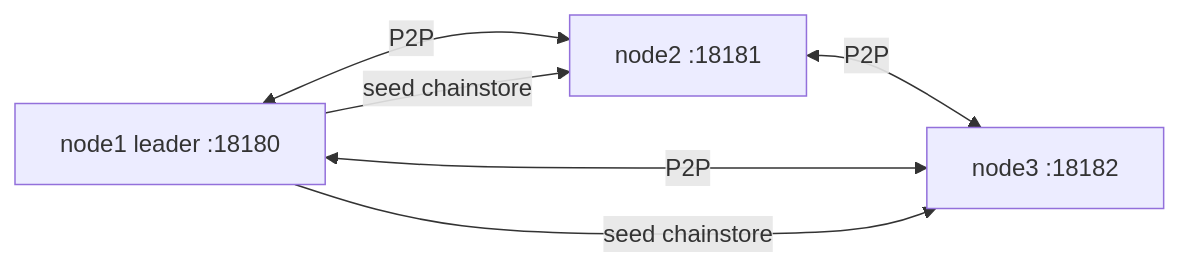
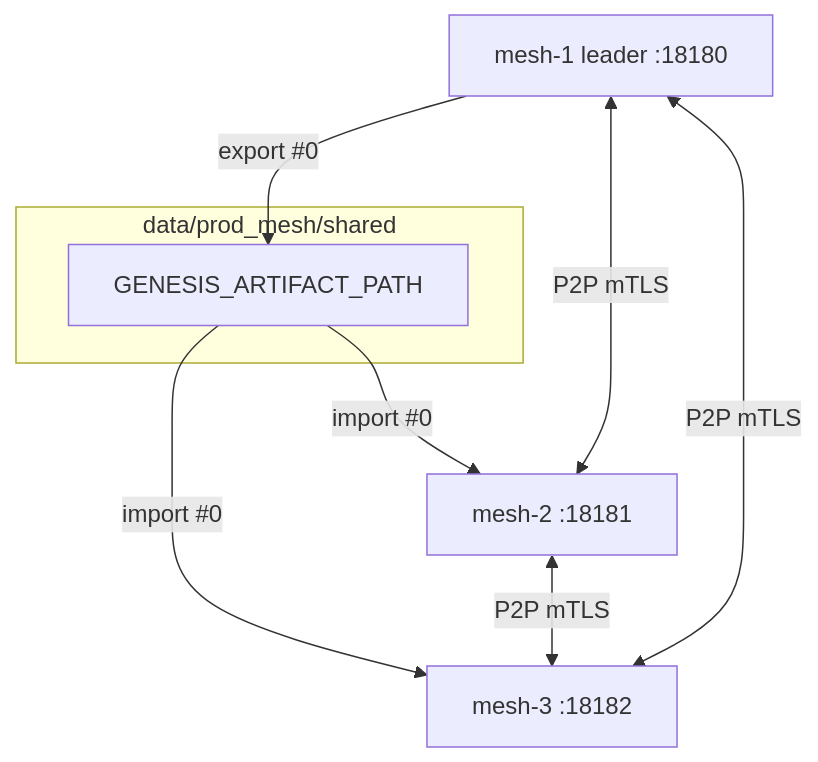
The fifth of 5 diagrams in docs/ARCHITECTURE.md (Gruver87/Absolute_Blockchain_Ultimate_Hybrid), drawn with Mermaid before and after one commit. The commit also changed other lines of this file and 73 other files, not shown here.

First line of the commit message:
fix(mesh): shared genesis artifact, tip h=0, soft-refuse; honest docs

````diff
--- a/docs/ARCHITECTURE.md
+++ b/docs/ARCHITECTURE.md
@@ -232,11 +264,17 @@
 ```mermaid
-flowchart LR
-  N1["node1 leader :18180"]
-  N2["node2 :18181"]
-  N3["node3 :18182"]
-  N1 <-- P2P --> N2
-  N2 <-- P2P --> N3
-  N1 <-- P2P --> N3
-  N1 -->|seed chainstore| N2
-  N1 -->|seed chainstore| N3
+flowchart TB
+  subgraph shared ["data/prod_mesh/shared"]
+    GA["GENESIS_ARTIFACT_PATH"]
+  end
+
+  N1["mesh-1 leader :18180"]
+  N2["mesh-2 :18181"]
+  N3["mesh-3 :18182"]
+
+  N1 -->|export #0| GA
+  GA -->|import #0| N2
+  GA -->|import #0| N3
+  N1 <-- P2P mTLS --> N2
+  N2 <-- P2P mTLS --> N3
+  N1 <-- P2P mTLS --> N3
 ```
````
